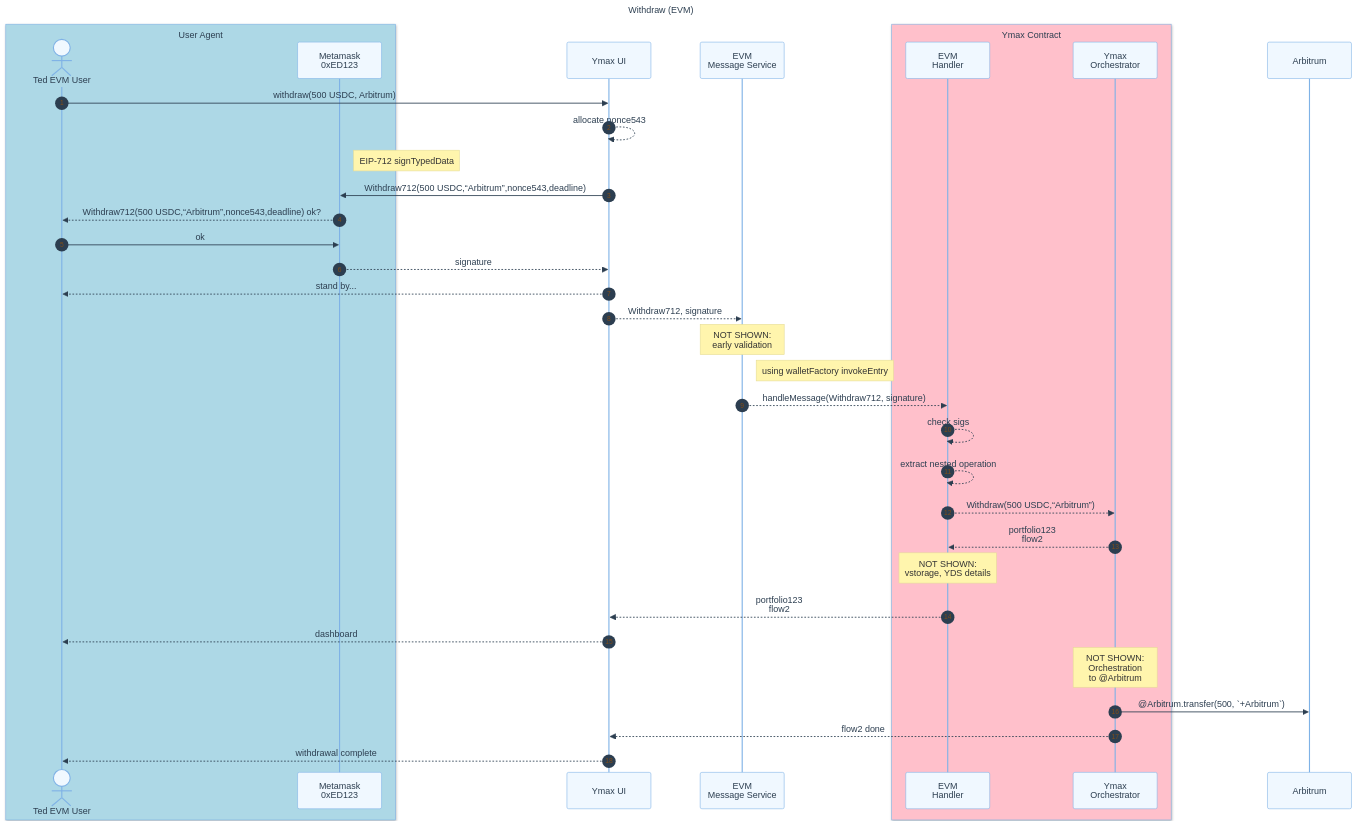
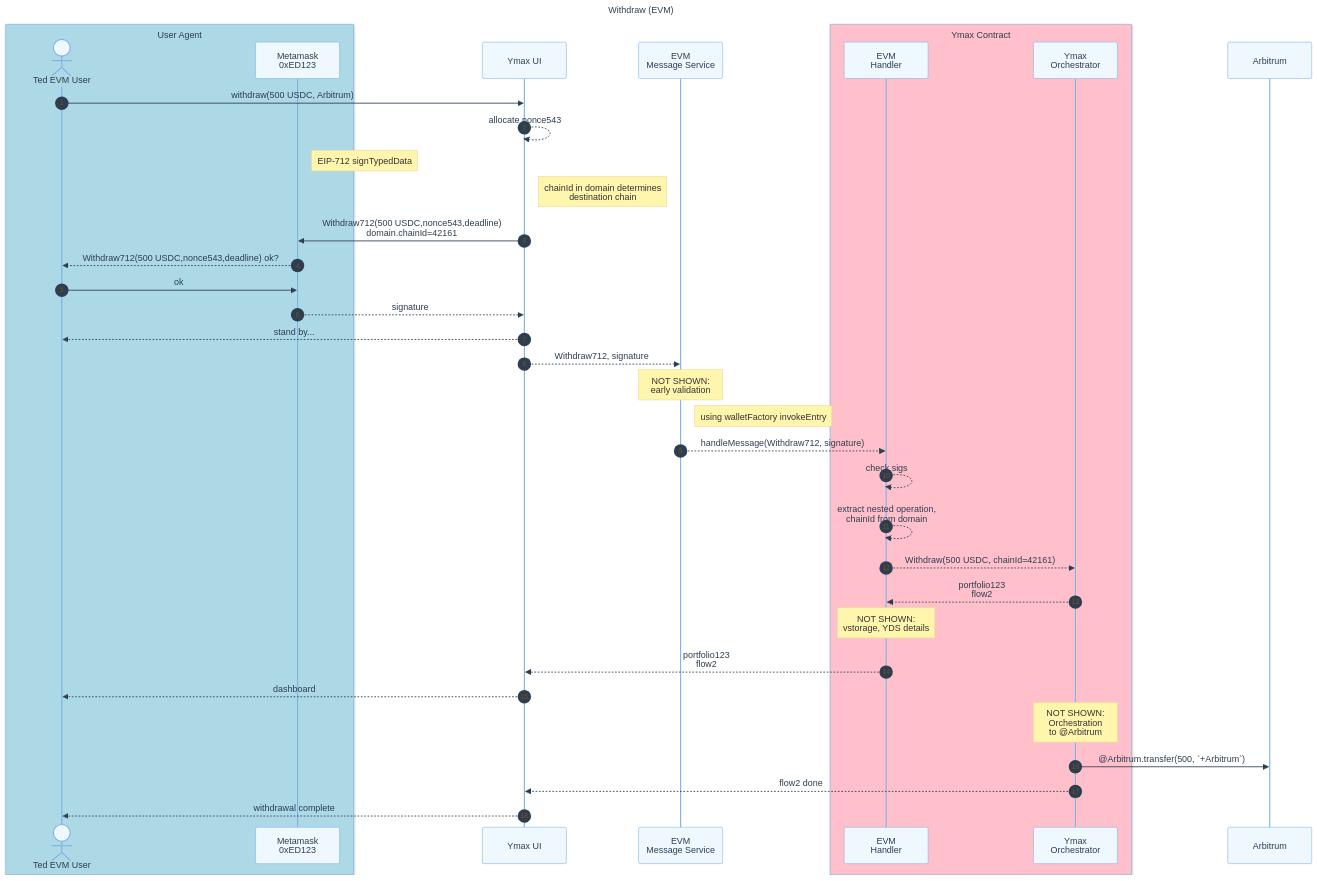
Before and after one commit to Agoric/agoric-sdk: the fourth of 8 diagrams in packages/portfolio-contract/docs-design/evm-wallet.md, drawn with Mermaid. The commit also changed 2 other files, not shown here.

Commit message:
feat(portfolio-api): Withdraw EIP-712 message

````diff
--- a/packages/portfolio-contract/docs-design/evm-wallet.md
+++ b/packages/portfolio-contract/docs-design/evm-wallet.md
@@ -187,52 +187,53 @@
 ```mermaid
 %%{init: {
   'theme': 'base',
   'themeVariables': {
     'primaryColor': '#f0f8ff',
     'primaryTextColor': '#2c3e50',
     'primaryBorderColor': '#7fb2e6',
     'lineColor': '#7fb2e6',
     'secondaryColor': '#f6f8fa',
     'tertiaryColor': '#fff5e6'
   }
 }}%%
 sequenceDiagram
   title Withdraw (EVM)
   autonumber
   box lightblue User Agent
     actor U as Ted EVM User
     participant MM as Metamask<br/>0xED123
   end
   participant D as Ymax UI
   participant EMS as EVM<br/> Message Service
   %% [Where it runs]
   box Pink Ymax Contract
     participant EMH as EVM<br/>Handler
     participant YC as Ymax<br/>Orchestrator
   end
   participant A as Arbitrum
   %% Notation: ->> for initial message, -->> for consequences
   U->>D: withdraw(500 USDC, Arbitrum)
   D-->>D: allocate nonce543
   note right of MM: EIP-712 signTypedData
-  D->>MM: Withdraw712(500 USDC,“Arbitrum”,nonce543,deadline)
-  MM-->>U: Withdraw712(500 USDC,“Arbitrum”,nonce543,deadline) ok?
+  note right of D: chainId in domain determines<br/>destination chain
+  D->>MM: Withdraw712(500 USDC,nonce543,deadline)<br/>domain.chainId=42161
+  MM-->>U: Withdraw712(500 USDC,nonce543,deadline) ok?
   U->>MM: ok
   MM-->>D: signature
   D-->>U: stand by...
   D -->> EMS: Withdraw712, signature
   note over EMS: NOT SHOWN:<br/>early validation
   note right of EMS: using walletFactory invokeEntry
   EMS -->> EMH: handleMessage(Withdraw712, signature)
   EMH -->> EMH: check sigs
-  EMH -->> EMH: extract nested operation
-  EMH -->> YC: Withdraw(500 USDC,“Arbitrum”)
+  EMH -->> EMH: extract nested operation,<br/>chainId from domain
+  EMH -->> YC: Withdraw(500 USDC, chainId=42161)
   YC -->> EMH: portfolio123<br/>flow2
   note over EMH: NOT SHOWN:<br/>vstorage, YDS details
   EMH -->> D: portfolio123<br/>flow2
   D -->> U: dashboard
   note over YC: NOT SHOWN:<br/>Orchestration<br/>to @Arbitrum
   YC->> A: @Arbitrum.transfer(500, `+Arbitrum`)
   YC-->> D: flow2 done
   D -->> U: withdrawal complete
 ```
````
